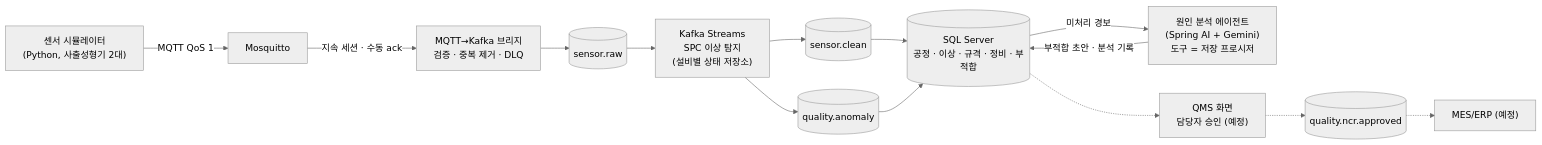
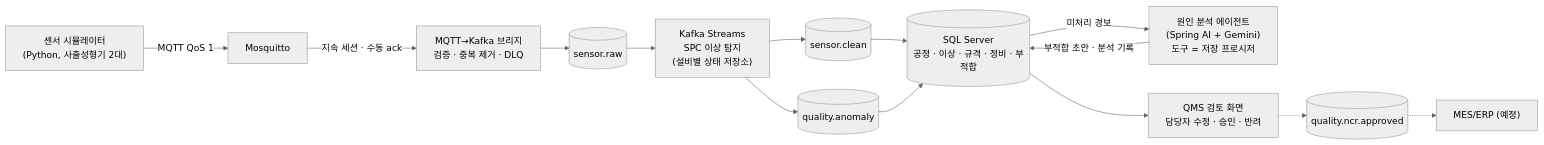
One commit to choiminjeong0623/qualiguard-agent changed the diagram in README.md. Above: the diagram before and after it, drawn with Mermaid (neutral theme). The commit also changed other lines of this file and 11 other files, not shown here.

````diff
--- a/README.md
+++ b/README.md
@@ -37,15 +37,15 @@
 ```mermaid
 flowchart LR
     SIM["센서 시뮬레이터<br/>(Python, 사출성형기 2대)"] -- "MQTT QoS 1" --> MQ["Mosquitto"]
     MQ -- "지속 세션 · 수동 ack" --> BR["MQTT→Kafka 브리지<br/>검증 · 중복 제거 · DLQ"]
     BR --> RAW[("sensor.raw")]
     RAW --> SPC["Kafka Streams<br/>SPC 이상 탐지<br/>(설비별 상태 저장소)"]
     SPC --> CLEAN[("sensor.clean")]
     SPC --> ANO[("quality.anomaly")]
     CLEAN --> DB[("SQL Server<br/>공정 · 이상 · 규격 · 정비 · 부적합")]
     ANO --> DB
     DB -- "미처리 경보" --> AG["원인 분석 에이전트<br/>(Spring AI + Gemini)<br/>도구 = 저장 프로시저"]
     AG -- "부적합 초안 · 분석 기록" --> DB
-    DB -.-> QMS["QMS 화면<br/>담당자 승인 (예정)"]
+    DB --> QMS["QMS 검토 화면<br/>담당자 수정 · 승인 · 반려"]
     QMS -.-> APR[("quality.ncr.approved")] -.-> MES["MES/ERP (예정)"]
 ```
````
